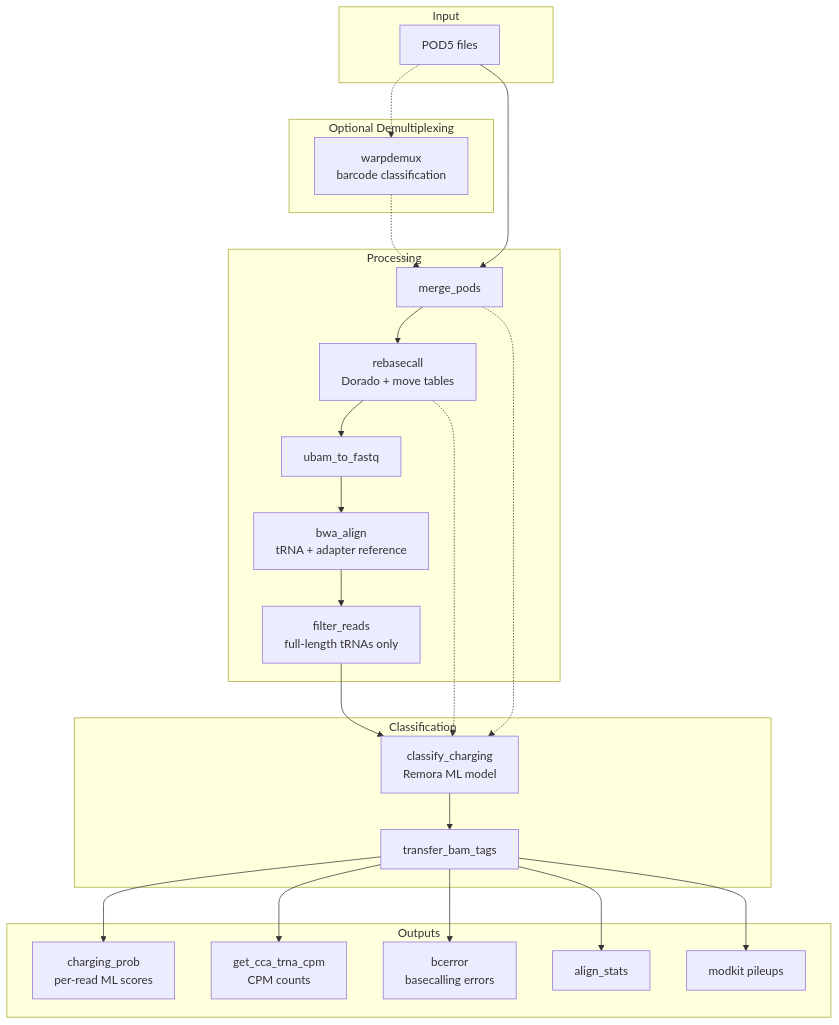
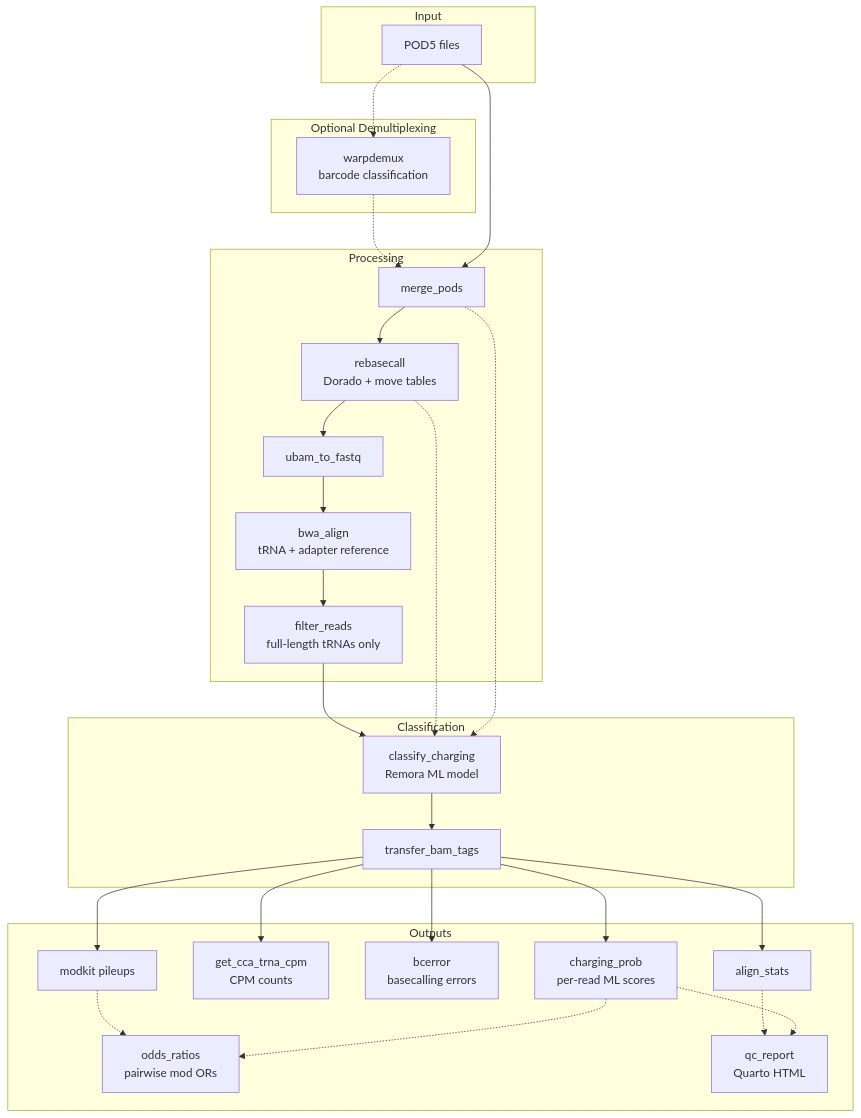
One commit to rnabioco/aa-tRNA-seq-pipeline changed the diagram in README.md. Above: the diagram before and after it, drawn with Mermaid. The commit also changed other lines of this file and 5 other files, not shown here.

````diff
--- a/README.md
+++ b/README.md
@@ -96,36 +96,40 @@
 ```mermaid
 flowchart TD
     subgraph Input
         POD5[POD5 files]
     end
 
     subgraph Demux [Optional Demultiplexing]
         W[warpdemux<br/>barcode classification]
     end
 
     subgraph Processing
         A[merge_pods] --> B[rebasecall<br/>Dorado + move tables]
         B --> C[ubam_to_fastq]
         C --> D[bwa_align<br/>tRNA + adapter reference]
         D --> E[filter_reads<br/>full-length tRNAs only]
     end
 
     subgraph Classification
         E --> F[classify_charging<br/>Remora ML model]
         B -.-> F
         A -.-> F
         F --> G[transfer_bam_tags]
     end
 
     subgraph Outputs
         G --> H[charging_prob<br/>per-read ML scores]
         G --> I[get_cca_trna_cpm<br/>CPM counts]
         G --> J[bcerror<br/>basecalling errors]
         G --> K[align_stats]
         G --> L[modkit pileups]
+        L -.-> M[odds_ratios<br/>pairwise mod ORs]
+        H -.-> M
+        K -.-> N[qc_report<br/>Quarto HTML]
+        H -.-> N
     end
 
     POD5 -.-> W
     W -.-> A
     POD5 --> A
 ```
````
